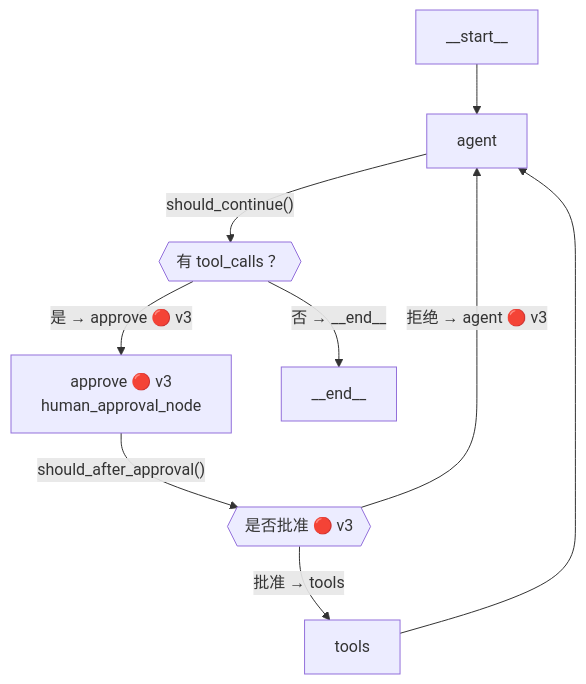
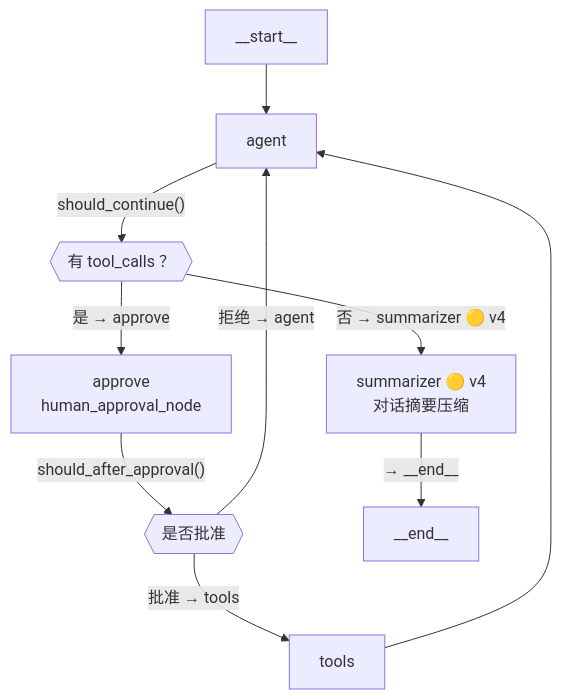
Before and after one commit to wuLa0702/llm_wiki_selfbuild: the first of 10 diagrams in docs/agent-architecture-diagrams.md, drawn with Mermaid. The commit also changed other lines of this file and 10 other files, not shown here.

````diff
--- a/docs/agent-architecture-diagrams.md
+++ b/docs/agent-architecture-diagrams.md
@@ -31,11 +31,12 @@
 ```mermaid
 flowchart TD
     START["__start__"] --> AGENT["agent"]
     AGENT -->|"should_continue()"| COND{{"有 tool_calls ？"}}
-    COND -->|"是 → approve 🔴 v3"| APPROVE["approve 🔴 v3<br/>human_approval_node"]
-    COND -->|"否 → __end__"| END["__end__"]
-    APPROVE -->|"should_after_approval()"| COND2{{"是否批准 🔴 v3"}}
+    COND -->|"是 → approve"| APPROVE["approve<br/>human_approval_node"]
+    COND -->|"否 → summarizer 🟡 v4"| SUMM["summarizer 🟡 v4<br/>对话摘要压缩"]
+    APPROVE -->|"should_after_approval()"| COND2{{"是否批准"}}
     COND2 -->|"批准 → tools"| TOOLS["tools"]
-    COND2 -->|"拒绝 → agent 🔴 v3"| AGENT
+    COND2 -->|"拒绝 → agent"| AGENT
     TOOLS --> AGENT
+    SUMM -->|"→ __end__"| END["__end__"]
 ```
````
